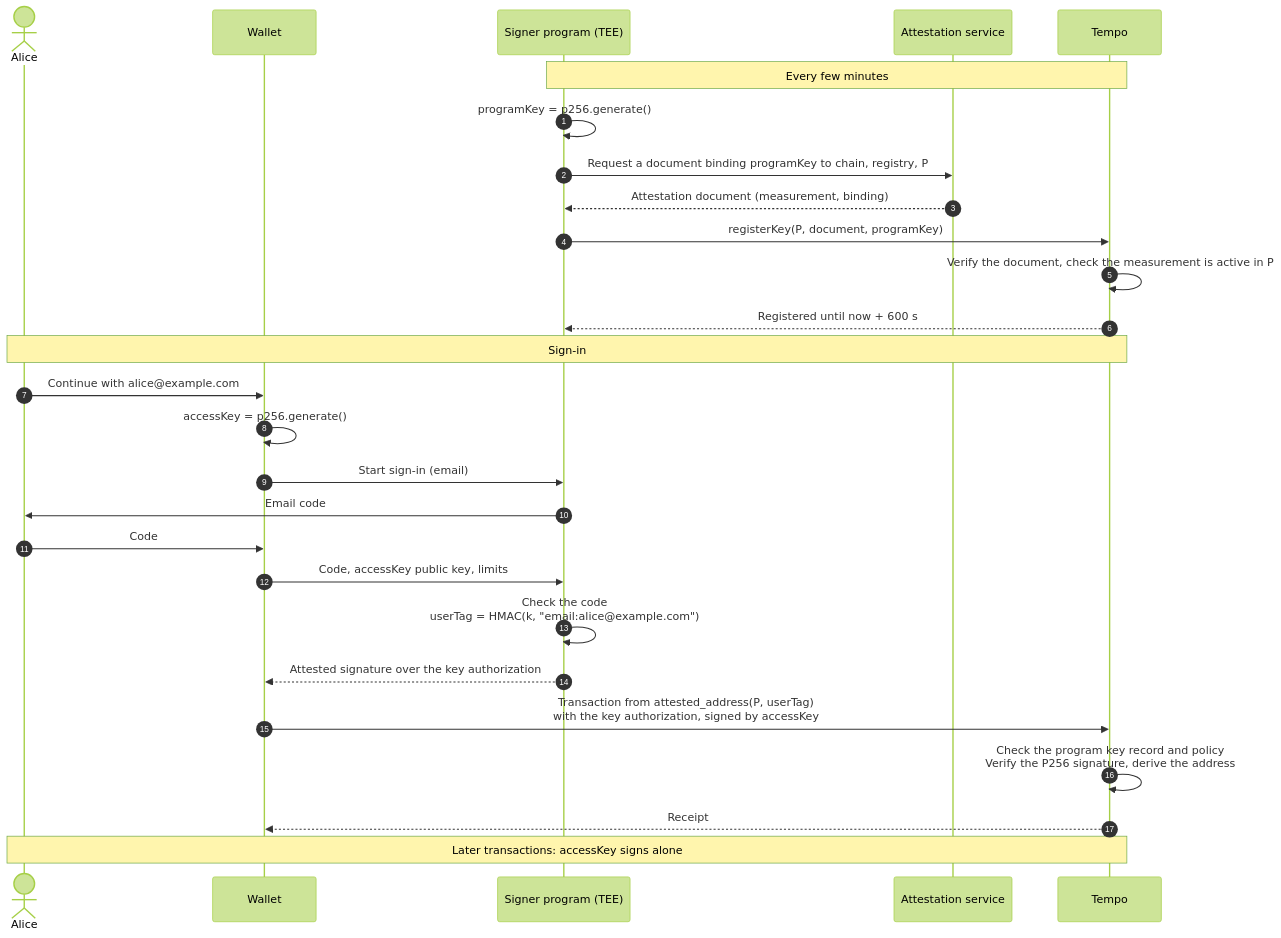
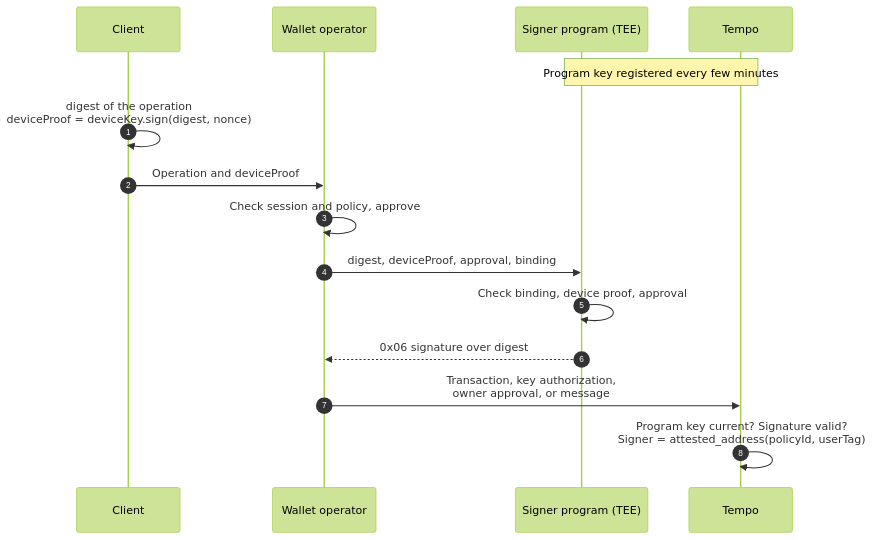
Before and after one commit to tempoxyz/tempo: the second of 2 diagrams in docs/exp/attested-signers/tip-xxx1.md, drawn with Mermaid (forest theme). The commit also changed other lines of this file and 1 other file, not shown here.

First line of the commit message:
docs(exp): make attested signers independent of the sign-in method

````diff
--- a/docs/exp/attested-signers/tip-xxx1.md
+++ b/docs/exp/attested-signers/tip-xxx1.md
@@ -102,32 +146,18 @@
 ```mermaid
 sequenceDiagram
     autonumber
-    actor U as Alice
-    participant W as Wallet
+    participant C as Client
+    participant O as Wallet operator
     participant S as Signer program (TEE)
-    participant A as Attestation service
     participant T as Tempo
 
-    Note over S,T: Every few minutes
-    S->>S: programKey = p256.generate()
-    S->>A: Request a document binding programKey to chain, registry, P
-    A-->>S: Attestation document (measurement, binding)
-    S->>T: registerKey(P, document, programKey)
-    T->>T: Verify the document, check the measurement is active in P
-    T-->>S: Registered until now + 600 s
-
-    Note over U,T: Sign-in
-    U->>W: Continue with alice@example.com
-    W->>W: accessKey = p256.generate()
-    W->>S: Start sign-in (email)
-    S->>U: Email code
-    U->>W: Code
-    W->>S: Code, accessKey public key, limits
-    S->>S: Check the code<br/>userTag = HMAC(k, "email:alice@example.com")
-    S-->>W: Attested signature over the key authorization
-    W->>T: Transaction from attested_address(P, userTag)<br/>with the key authorization, signed by accessKey
-    T->>T: Check the program key record and policy<br/>Verify the P256 signature, derive the address
-    T-->>W: Receipt
-
-    Note over U,T: Later transactions: accessKey signs alone
+    Note over S,T: Program key registered every few minutes
+    C->>C: digest of the operation<br/>deviceProof = deviceKey.sign(digest, nonce)
+    C->>O: Operation and deviceProof
+    O->>O: Check session and policy, approve
+    O->>S: digest, deviceProof, approval, binding
+    S->>S: Check binding, device proof, approval
+    S-->>O: 0x06 signature over digest
+    O->>T: Transaction, key authorization,<br/>owner approval, or message
+    T->>T: Program key current? Signature valid?<br/>Signer = attested_address(policyId, userTag)
 ```
````
